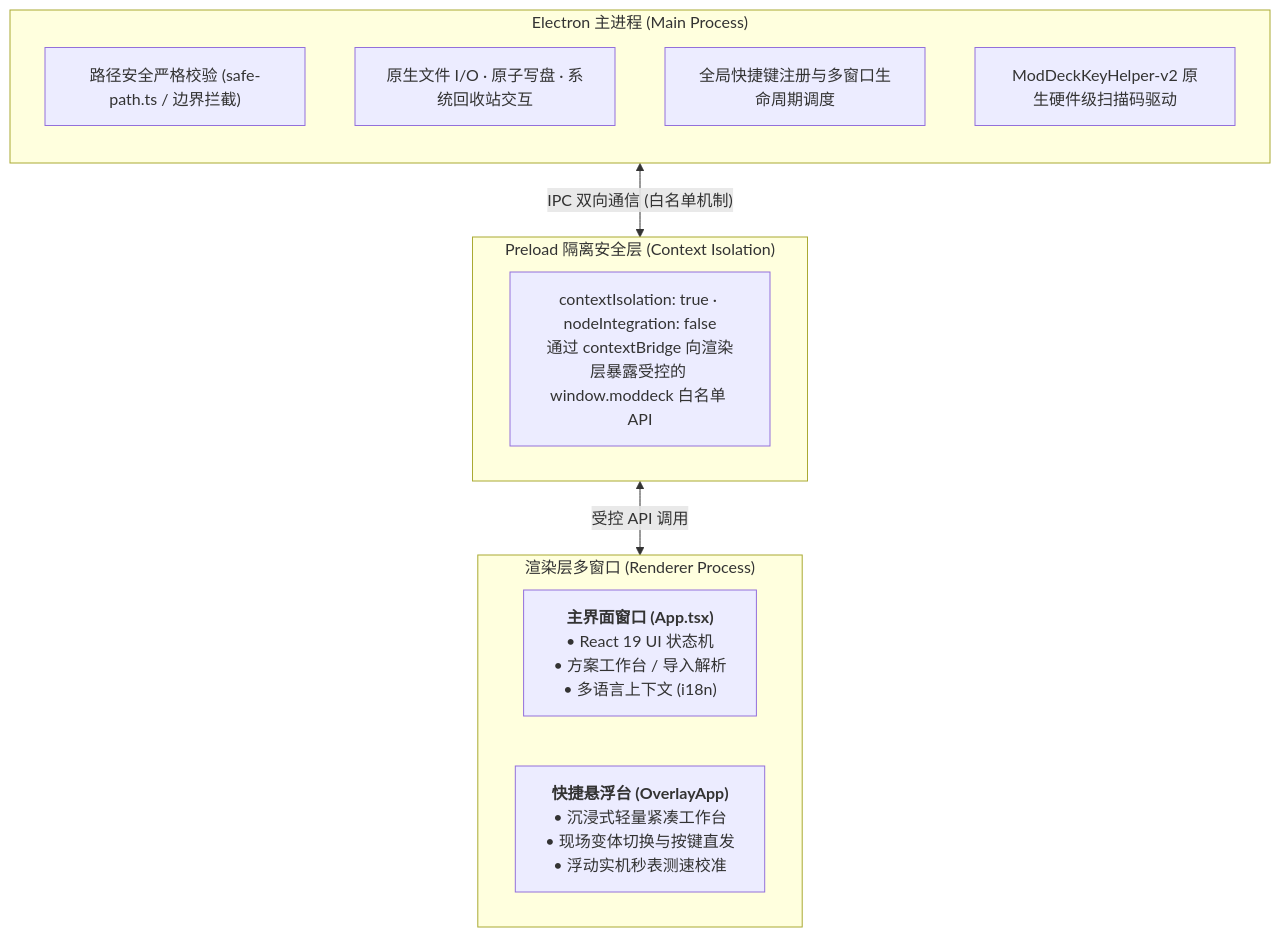
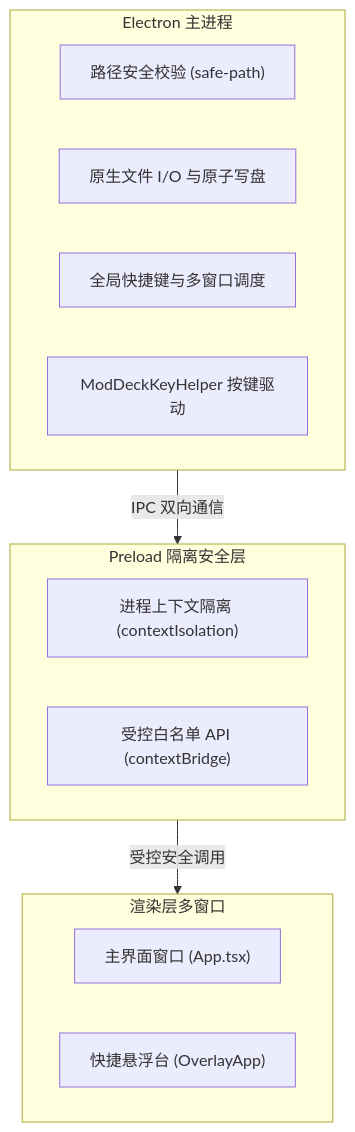
Before and after one commit to yuzhoujun/ModDeck: the second of 2 diagrams in docs/ARCHITECTURE.md, drawn with Mermaid. The commit also changed 2 other files, not shown here.

Commit message:
docs: resolve github mermaid text truncation by removing html tags and streamlining node labels

````diff
--- a/docs/ARCHITECTURE.md
+++ b/docs/ARCHITECTURE.md
@@ -186,23 +186,22 @@
 ```mermaid
 flowchart TD
-    subgraph Main["Electron 主进程 (Main Process)"]
-        direction TB
-        M1["路径安全严格校验 (safe-path.ts / 边界拦截)"]
-        M2["原生文件 I/O · 原子写盘 · 系统回收站交互"]
-        M3["全局快捷键注册与多窗口生命周期调度"]
-        M4["ModDeckKeyHelper-v2 原生硬件级扫描码驱动"]
+    subgraph Main["Electron 主进程"]
+        M1["路径安全校验 (safe-path)"]
+        M2["原生文件 I/O 与原子写盘"]
+        M3["全局快捷键与多窗口调度"]
+        M4["ModDeckKeyHelper 按键驱动"]
     end
 
-    subgraph Preload["Preload 隔离安全层 (Context Isolation)"]
-        P1["contextIsolation: true · nodeIntegration: false<br/>通过 contextBridge 向渲染层暴露受控的 window.moddeck 白名单 API"]
+    subgraph Preload["Preload 隔离安全层"]
+        P1["进程上下文隔离 (contextIsolation)"]
+        P2["受控白名单 API (contextBridge)"]
     end
 
-    subgraph Renderers["渲染层多窗口 (Renderer Process)"]
-        direction LR
-        R1["<b>主界面窗口 (App.tsx)</b><br/>• React 19 UI 状态机<br/>• 方案工作台 / 导入解析<br/>• 多语言上下文 (i18n)"]
-        R2["<b>快捷悬浮台 (OverlayApp)</b><br/>• 沉浸式轻量紧凑工作台<br/>• 现场变体切换与按键直发<br/>• 浮动实机秒表测速校准"]
+    subgraph Renderers["渲染层多窗口"]
+        R1["主界面窗口 (App.tsx)"]
+        R2["快捷悬浮台 (OverlayApp)"]
     end
 
-    Main <-->|"IPC 双向通信 (白名单机制)"| Preload
-    Preload <-->|"受控 API 调用"| Renderers
+    Main -->|"IPC 双向通信"| Preload
+    Preload -->|"受控安全调用"| Renderers
 ```
````
